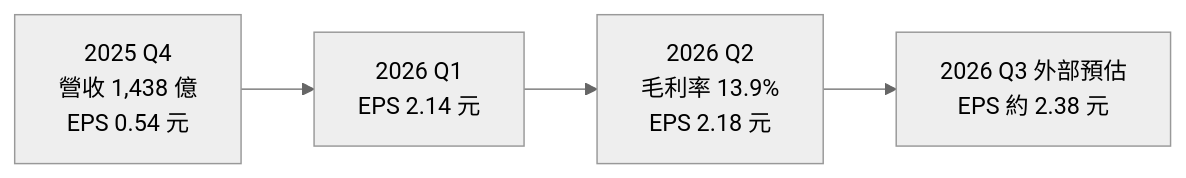
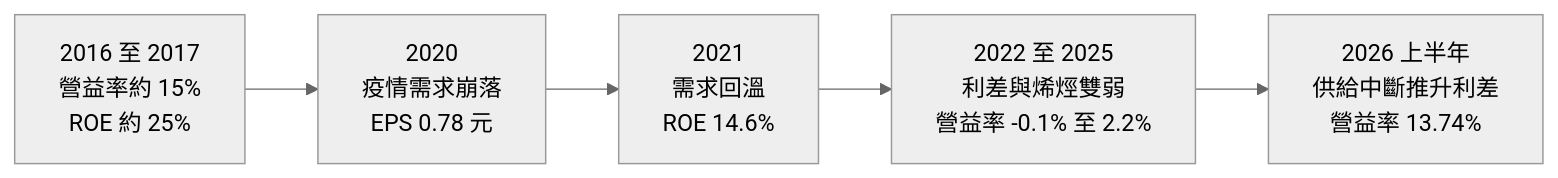
The third of 4 diagrams in 個股/台股/6505台塑化.md (wangnick1004/taiwan-stock-vault), drawn with Mermaid (neutral theme) before and after one commit. The commit also changed other lines of this file and 1 other file, not shown here.

````diff
--- a/個股/台股/6505台塑化.md
+++ b/個股/台股/6505台塑化.md
@@ -126,4 +144,4 @@
 ```mermaid
 flowchart LR
-    Q4["2025 Q4<br/>營收 1,438 億<br/>EPS 0.54 元"] --> Q1["2026 Q1<br/>EPS 2.14 元"] --> Q2["2026 Q2<br/>毛利率 13.9%<br/>EPS 2.18 元"] --> Q3["2026 Q3 外部預估<br/>EPS 約 2.38 元"]
+    Y16["2016 至 2017<br/>營益率約 15%<br/>ROE 約 25%"] --> Y20["2020<br/>疫情需求崩落<br/>EPS 0.78 元"] --> Y21["2021<br/>需求回溫<br/>ROE 14.6%"] --> Y24["2022 至 2025<br/>利差與烯烴雙弱<br/>營益率 -0.1% 至 2.2%"] --> H26["2026 上半年<br/>供給中斷推升利差<br/>營益率 13.74%"]
 ```
````
